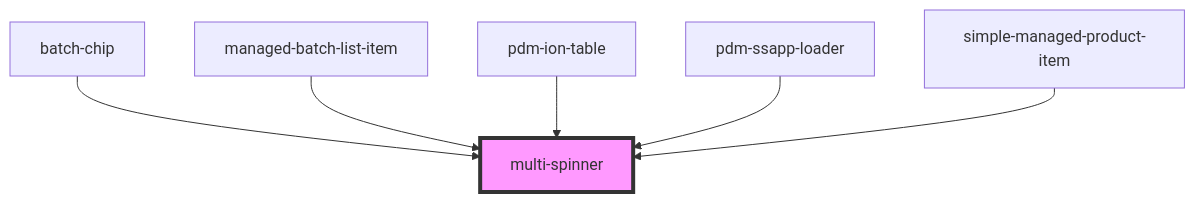
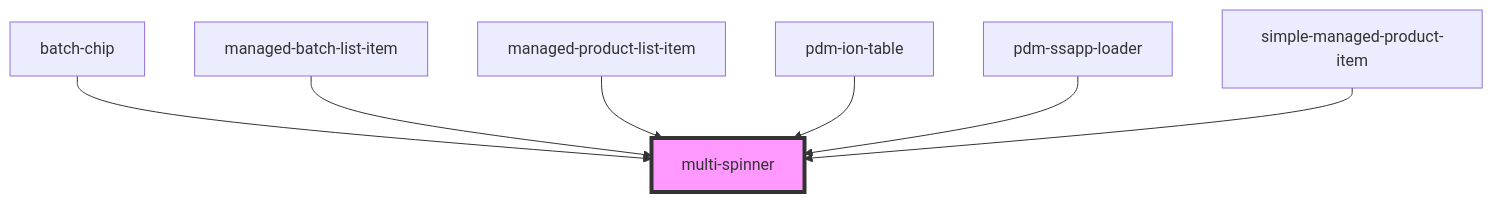
Before and after one commit to PharmaLedger-IMI/fgt-workspace: the diagram in pdm-web-components/src/components/multi-spinner/readme.md, drawn with Mermaid. The commit also changed other lines of this file and 174 other files, not shown here.

````diff
--- a/pdm-web-components/src/components/multi-spinner/readme.md
+++ b/pdm-web-components/src/components/multi-spinner/readme.md
@@ -26,9 +27,10 @@
 ```mermaid
 graph TD;
   batch-chip --> multi-spinner
   managed-batch-list-item --> multi-spinner
+  managed-product-list-item --> multi-spinner
   pdm-ion-table --> multi-spinner
   pdm-ssapp-loader --> multi-spinner
   simple-managed-product-item --> multi-spinner
   style multi-spinner fill:#f9f,stroke:#333,stroke-width:4px
 ```
````
